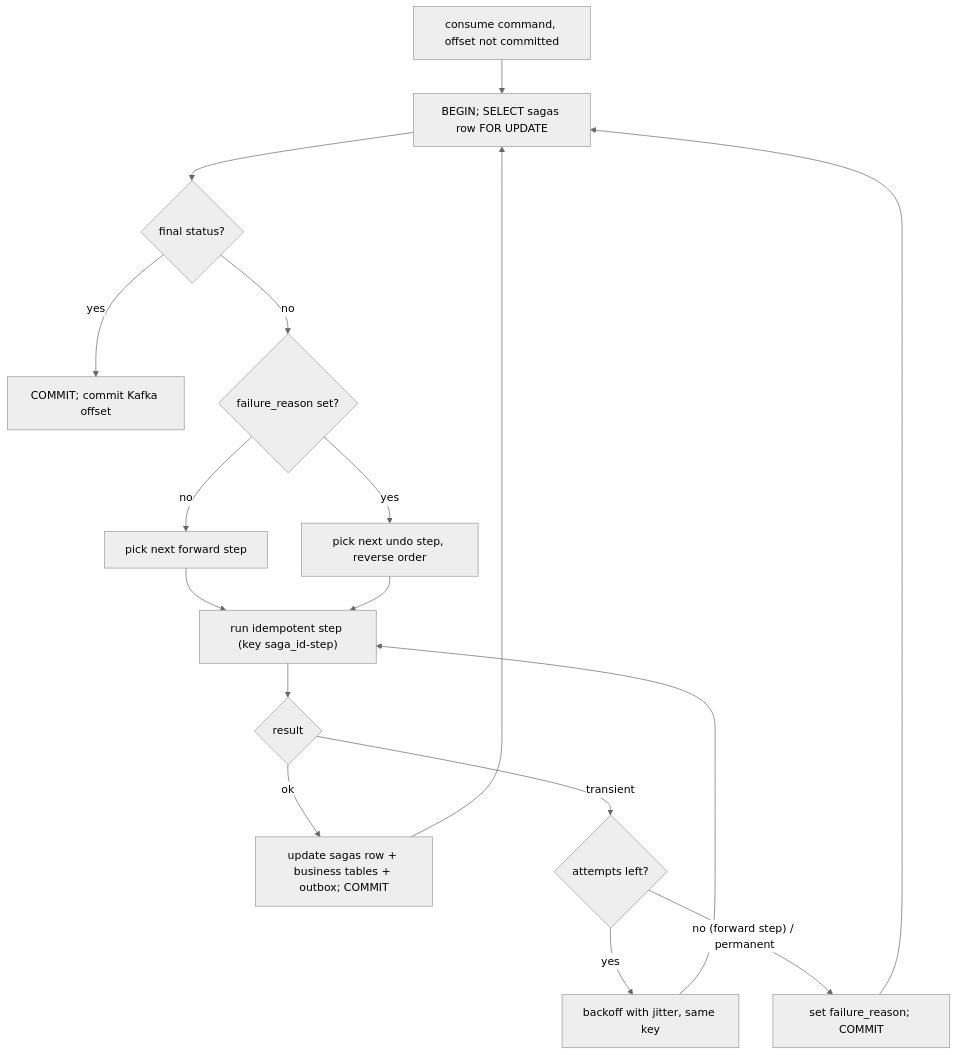
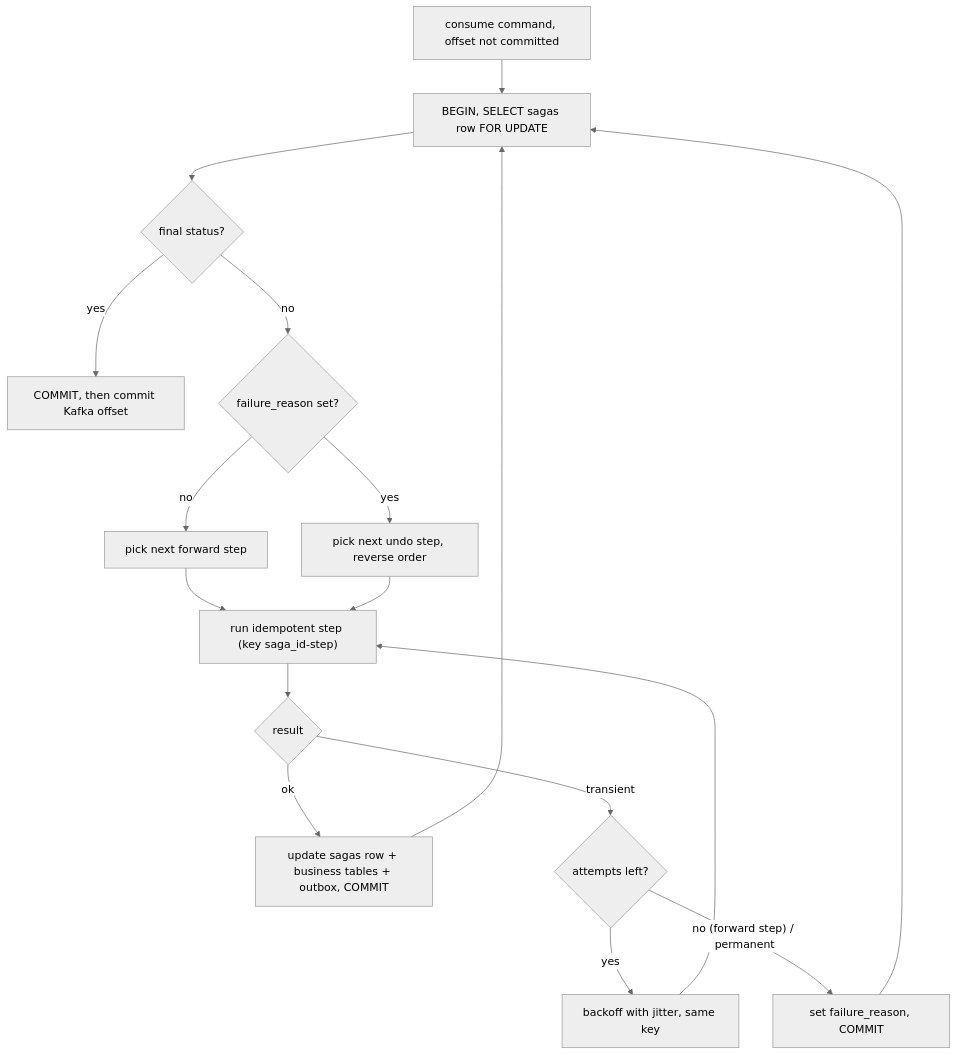
The first of 3 diagrams in docs/saga/README.md (GodwinJacobR/mock-bank), drawn with Mermaid (neutral theme) before and after one commit. The commit also changed other lines of this file and 1 other file, not shown here.

Commit message:
Fix Mermaid parse errors: remove semicolons from diagram text

````diff
--- a/docs/saga/README.md
+++ b/docs/saga/README.md
@@ -39,18 +39,18 @@
 ```mermaid
 flowchart TD
-  A[consume command, offset not committed] --> B["BEGIN; SELECT sagas row FOR UPDATE"]
+  A[consume command, offset not committed] --> B["BEGIN, SELECT sagas row FOR UPDATE"]
   B --> C{final status?}
-  C -- yes --> H[COMMIT; commit Kafka offset]
+  C -- yes --> H[COMMIT, then commit Kafka offset]
   C -- no --> D{failure_reason set?}
   D -- no --> E[pick next forward step]
   D -- yes --> U[pick next undo step, reverse order]
   E --> S["run idempotent step (key saga_id-step)"]
   U --> S
   S --> F{result}
-  F -- ok --> G["update sagas row + business tables + outbox; COMMIT"]
+  F -- ok --> G["update sagas row + business tables + outbox, COMMIT"]
   G --> B
   F -- transient --> R{attempts left?}
   R -- yes --> W[backoff with jitter, same key] --> S
-  R -- "no (forward step) / permanent" --> P["set failure_reason; COMMIT"]
+  R -- "no (forward step) / permanent" --> P["set failure_reason, COMMIT"]
   P --> B
 ```
````
